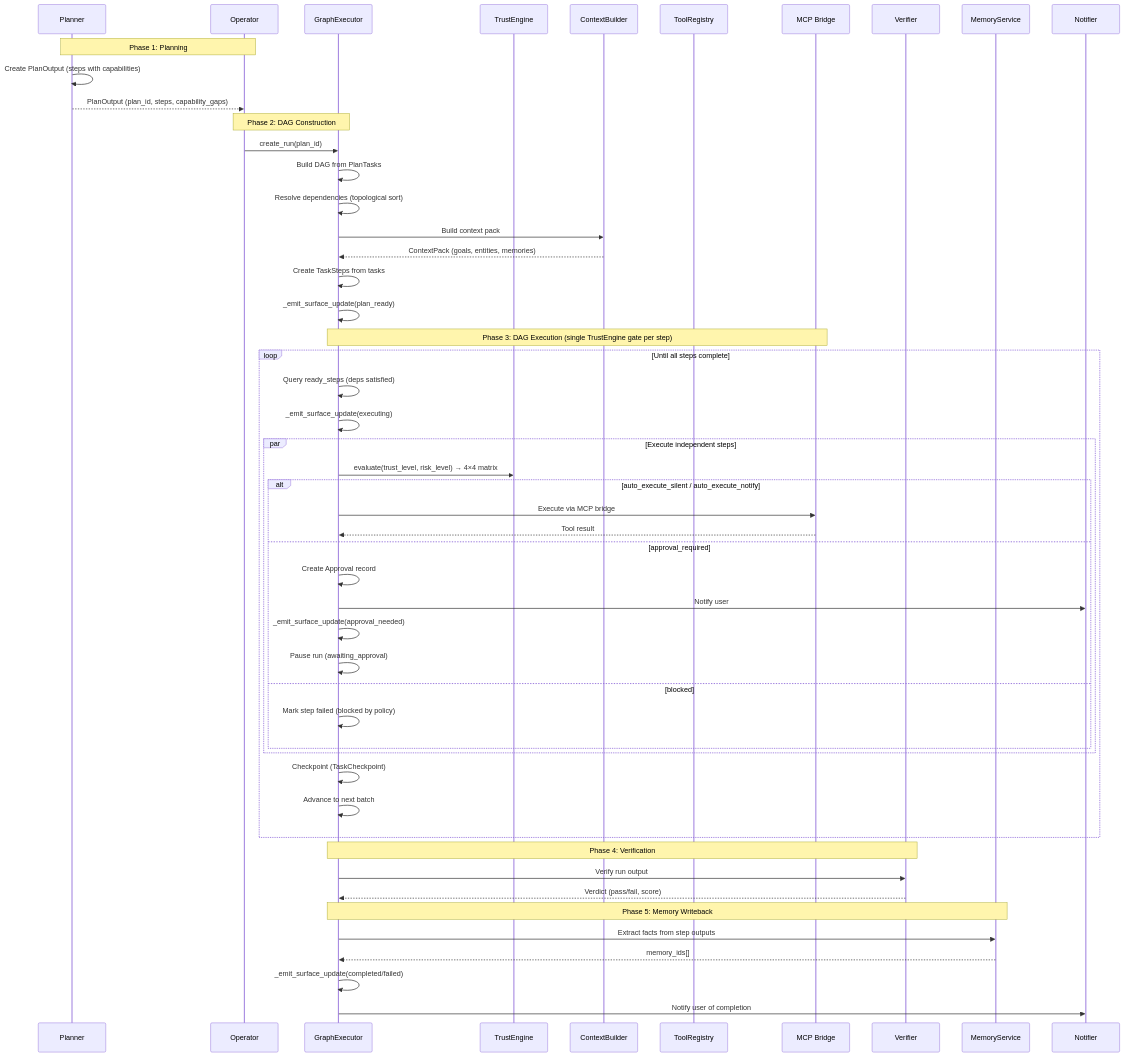
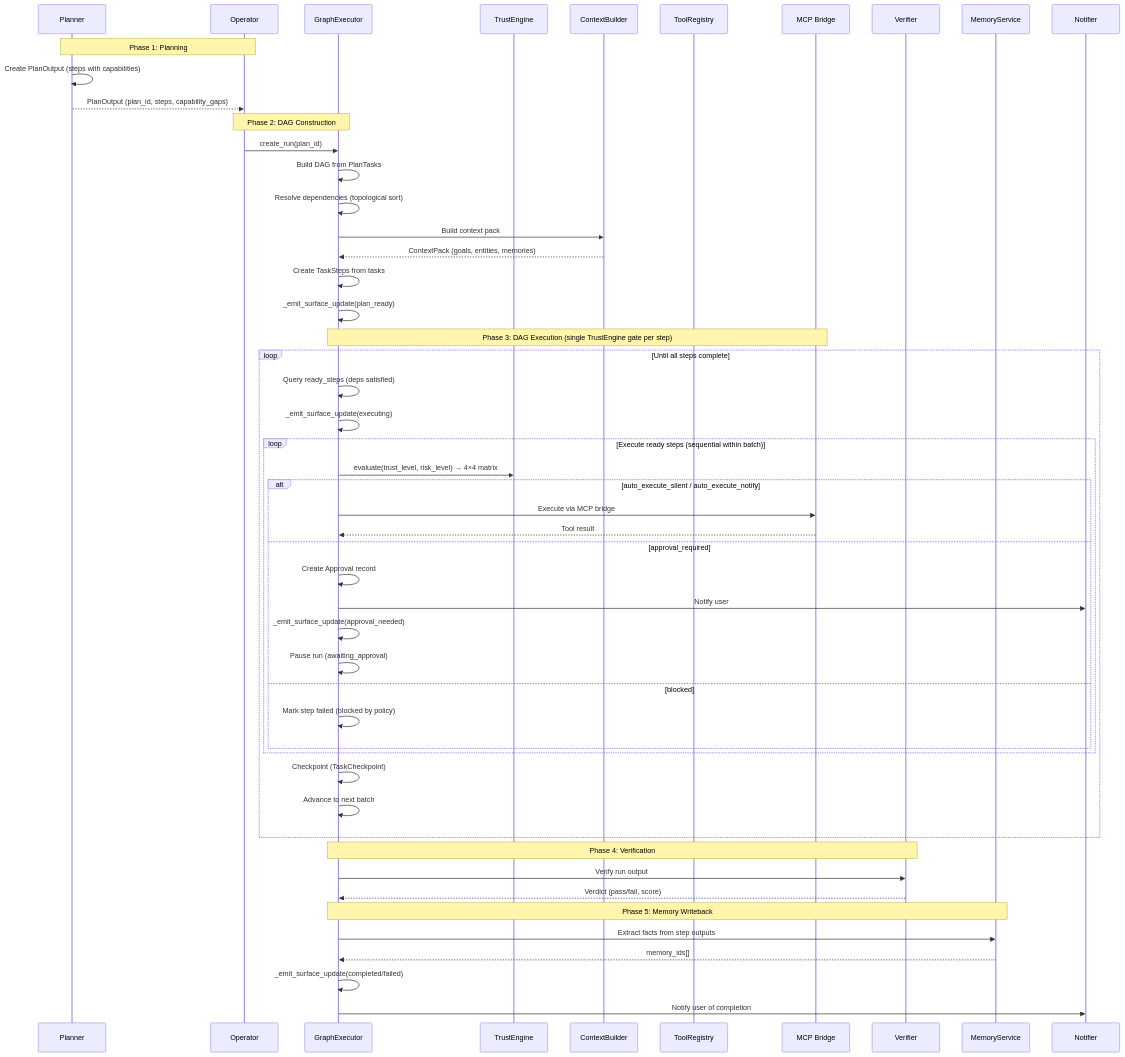
Before and after one commit to shivadharmi/muldro: the first of 3 diagrams in docs/architecture/execution.md, drawn with Mermaid. The commit also changed other lines of this file and 1 other file, not shown here.

First line of the commit message:
docs: correct parallel execution claim — steps run sequentially per batch

````diff
--- a/docs/architecture/execution.md
+++ b/docs/architecture/execution.md
@@ -5,61 +5,61 @@
 ```mermaid
 sequenceDiagram
     participant PL as Planner
     participant OP as Operator
     participant GE as GraphExecutor
     participant TE as TrustEngine
     participant CB as ContextBuilder
     participant TR as ToolRegistry
     participant MCP as MCP Bridge
     participant VER as Verifier
     participant MS as MemoryService
     participant NT as Notifier
 
     Note over PL,OP: Phase 1: Planning
     PL->>PL: Create PlanOutput (steps with capabilities)
     PL-->>OP: PlanOutput (plan_id, steps, capability_gaps)
 
     Note over OP,GE: Phase 2: DAG Construction
     OP->>GE: create_run(plan_id)
     GE->>GE: Build DAG from PlanTasks
     GE->>GE: Resolve dependencies (topological sort)
     GE->>CB: Build context pack
     CB-->>GE: ContextPack (goals, entities, memories)
     GE->>GE: Create TaskSteps from tasks
     GE->>GE: _emit_surface_update(plan_ready)
 
     Note over GE,MCP: Phase 3: DAG Execution (single TrustEngine gate per step)
     loop Until all steps complete
         GE->>GE: Query ready_steps (deps satisfied)
         GE->>GE: _emit_surface_update(executing)
 
-        par Execute independent steps
+        loop Execute ready steps (sequential within batch)
             GE->>TE: evaluate(trust_level, risk_level) → 4×4 matrix
             alt auto_execute_silent / auto_execute_notify
                 GE->>MCP: Execute via MCP bridge
                 MCP-->>GE: Tool result
             else approval_required
                 GE->>GE: Create Approval record
                 GE->>NT: Notify user
                 GE->>GE: _emit_surface_update(approval_needed)
                 GE->>GE: Pause run (awaiting_approval)
             else blocked
                 GE->>GE: Mark step failed (blocked by policy)
             end
         end
 
         GE->>GE: Checkpoint (TaskCheckpoint)
         GE->>GE: Advance to next batch
     end
 
     Note over GE,VER: Phase 4: Verification
     GE->>VER: Verify run output
     VER-->>GE: Verdict (pass/fail, score)
 
     Note over GE,MS: Phase 5: Memory Writeback
     GE->>MS: Extract facts from step outputs
     MS-->>GE: memory_ids[]
 
     GE->>GE: _emit_surface_update(completed/failed)
     GE->>NT: Notify user of completion
 ```
````
